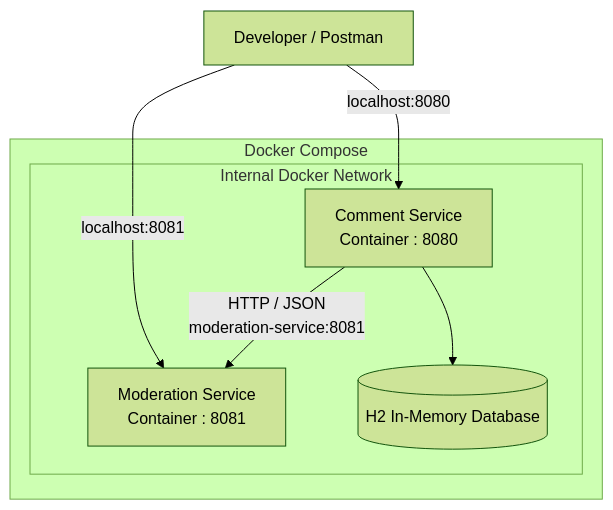
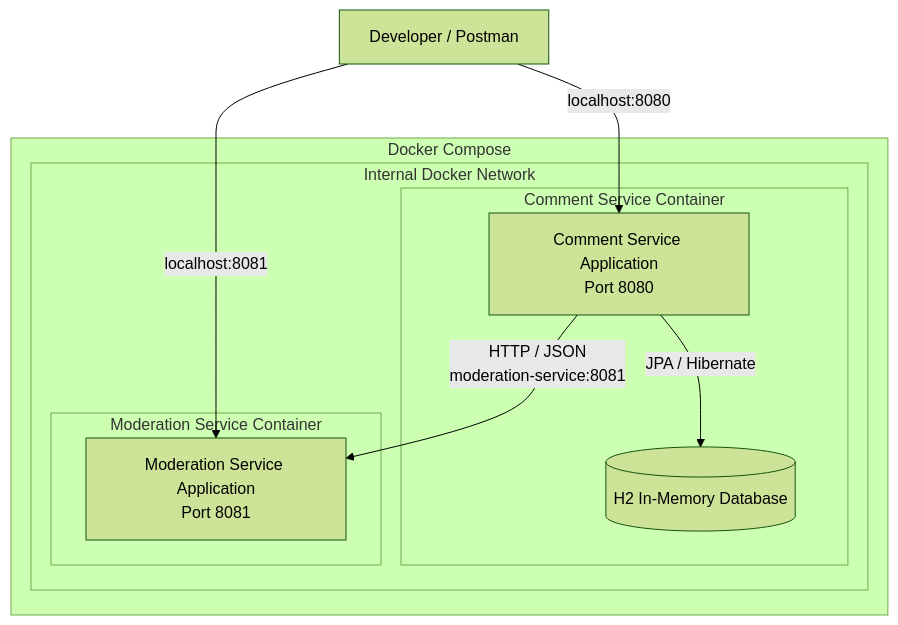
The third of 3 diagrams in README.md (rochacamargovitor/comments-platform), drawn with Mermaid (forest theme) before and after one commit. The commit also changed other lines of this file and 1 other file, not shown here.

Commit message:
docs: finalize project and architecture documentation

````diff
--- a/README.md
+++ b/README.md
@@ -63,18 +66,23 @@
 ```mermaid
 flowchart TB
     Client["Developer / Postman"]
 
     subgraph Docker["Docker Compose"]
         subgraph Network["Internal Docker Network"]
-            CS["Comment Service<br/>Container : 8080"]
-            MS["Moderation Service<br/>Container : 8081"]
-            DB[("H2 In-Memory Database")]
+            subgraph Comment["Comment Service Container"]
+                CS["Comment Service Application<br/>Port 8080"]
+                DB[("H2 In-Memory Database")]
+                CS -->|"JPA / Hibernate"| DB
+            end
+
+            subgraph Moderation["Moderation Service Container"]
+                MS["Moderation Service Application<br/>Port 8081"]
+            end
 
             CS -->|"HTTP / JSON<br/>moderation-service:8081"| MS
-            CS --> DB
         end
     end
 
     Client -->|"localhost:8080"| CS
     Client -->|"localhost:8081"| MS
 ```
````
